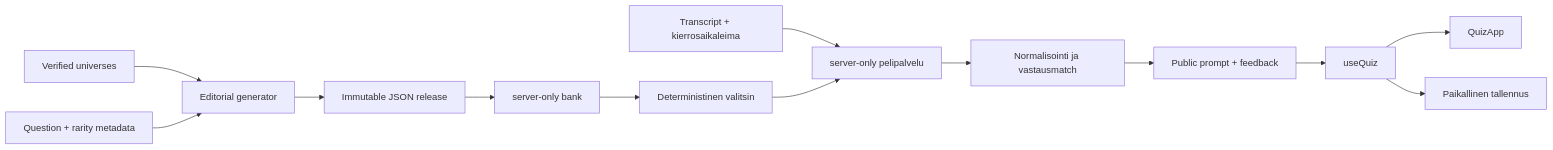
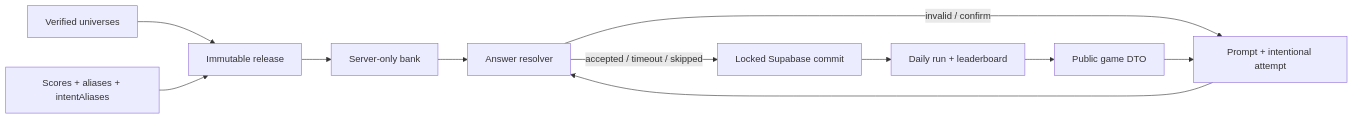
One commit to hiqporoid/mylvisa changed the diagram in docs/architecture.md. Above: the diagram before and after it, drawn with Mermaid. The commit also changed other lines of this file and 33 other files, not shown here.

````diff
--- a/docs/architecture.md
+++ b/docs/architecture.md
@@ -5,15 +5,13 @@
 ```mermaid
 flowchart LR
-  Universe[Verified universes] --> Generator[Editorial generator]
-  Authorship[Question + rarity metadata] --> Generator
-  Generator --> JSON[Immutable JSON release]
-  JSON --> Bank[server-only bank]
-  Bank --> Select[Deterministinen valitsin]
-  Request[Transcript + kierrosaikaleima] --> Game[server-only pelipalvelu]
-  Select --> Game
-  Game --> Match[Normalisointi ja vastausmatch]
-  Match --> DTO[Public prompt + feedback]
-  DTO --> Hook[useQuiz]
-  Hook --> UI[QuizApp]
-  Hook --> Local[Paikallinen tallennus]
+  Universe[Verified universes] --> Release[Immutable release]
+  Editorial[Scores + aliases + intentAliases] --> Release
+  Release --> Bank[Server-only bank]
+  Browser[Prompt + intentional attempt] --> Resolver[Answer resolver]
+  Bank --> Resolver
+  Resolver -->|invalid / confirm| Browser
+  Resolver -->|accepted / timeout / skipped| RPC[Locked Supabase commit]
+  RPC --> Run[Daily run + leaderboard]
+  Run --> DTO[Public game DTO]
+  DTO --> Browser
 ```
````
